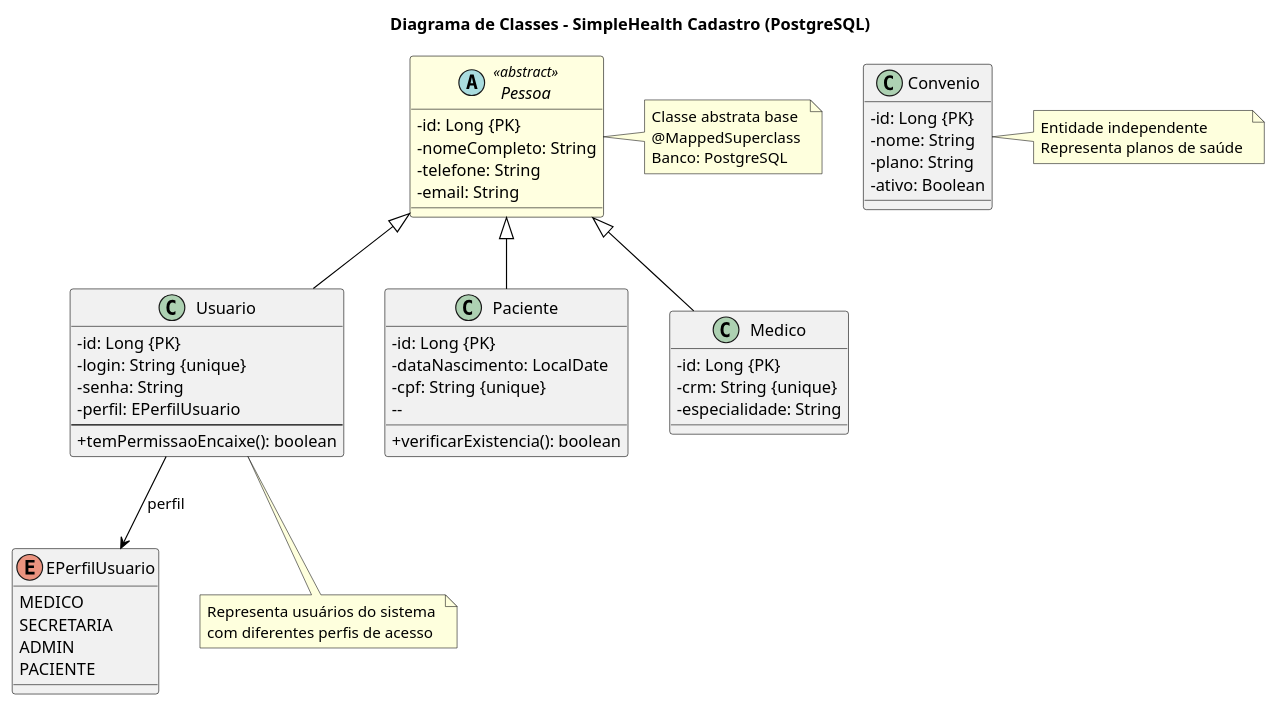
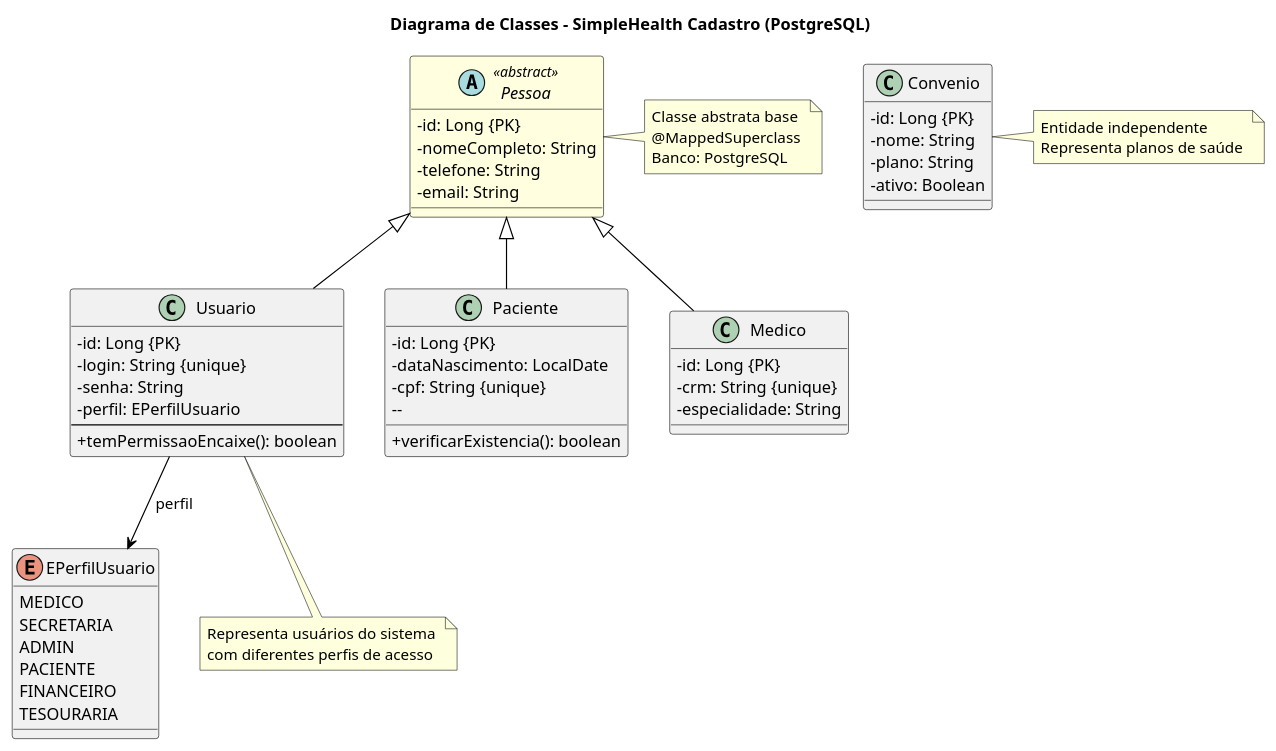
The second of 3 diagrams in docs/documentos-finais-definitivos/3.7_3.9_3.10_Modelagens/3.7. Modelagem de Classes de Projeto/3.7. Modelagem de Classes de Projeto.md (ps-es-2025-2/grupo4), drawn with PlantUML before and after one commit. The commit also changed other lines of this file and 29 other files, not shown here.

```diff
--- a/docs/documentos-finais-definitivos/3.7_3.9_3.10_Modelagens/3.7. Modelagem de Classes de Projeto/3.7. Modelagem de Classes de Projeto.md
+++ b/docs/documentos-finais-definitivos/3.7_3.9_3.10_Modelagens/3.7. Modelagem de Classes de Projeto/3.7. Modelagem de Classes de Projeto.md
@@ -232,6 +303,8 @@
     SECRETARIA 
     ADMIN 
     PACIENTE 
+    FINANCEIRO 
+    TESOURARIA 
 } 
  
 ' Relacionamentos de herança 
```
